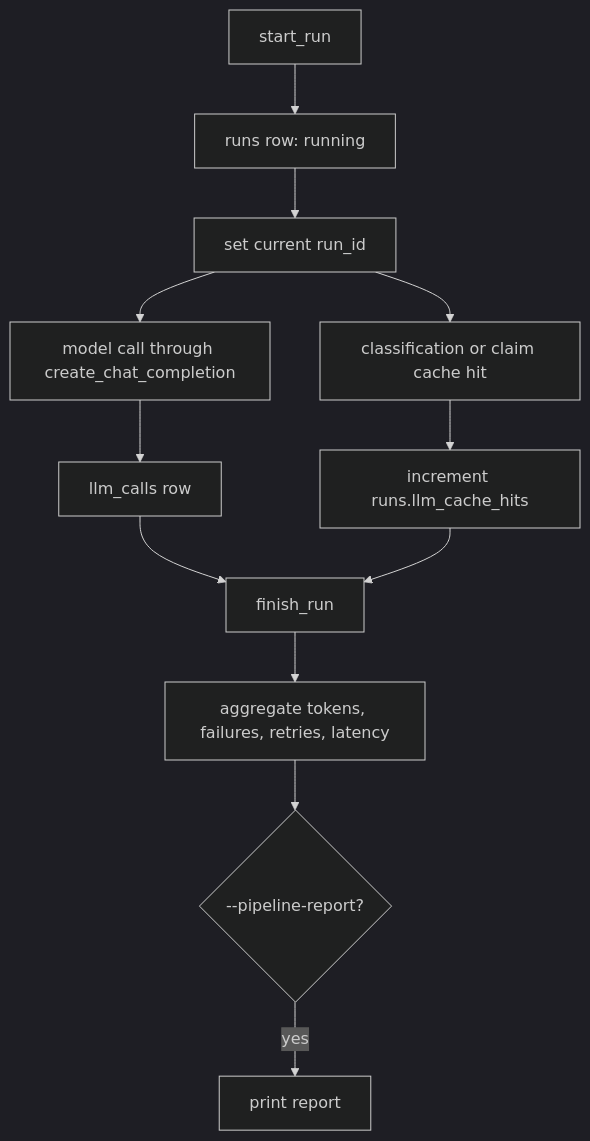
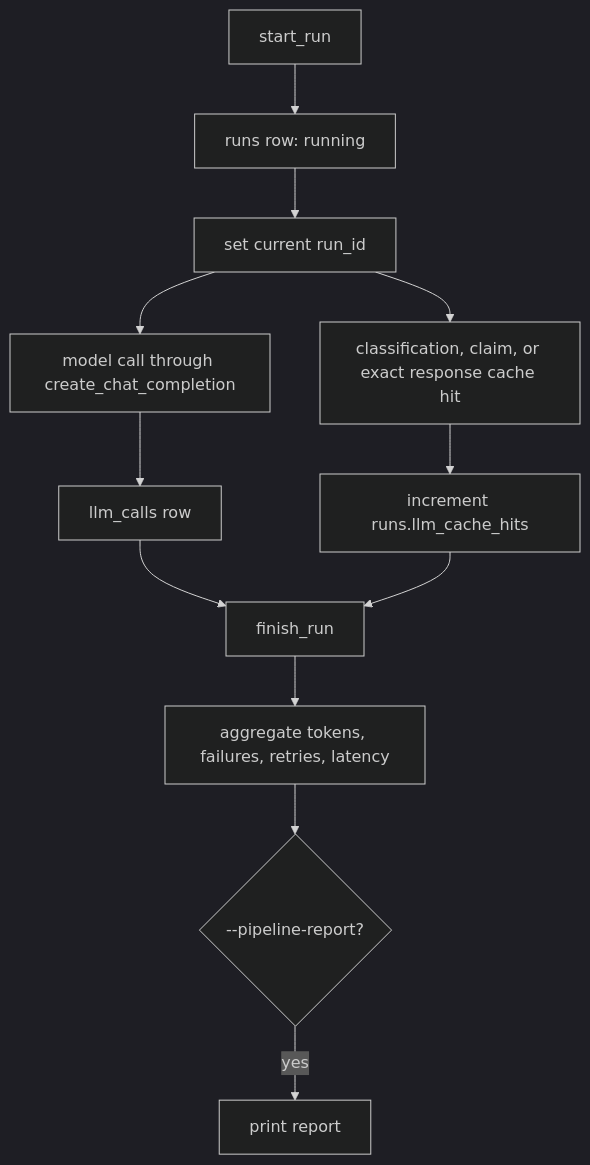
The fourth of 4 diagrams in docs/how-it-works.md (MecGlandorff/News), drawn with Mermaid (dark theme) before and after one commit. The commit also changed other lines of this file and 12 other files, not shown here.

````diff
--- a/docs/how-it-works.md
+++ b/docs/how-it-works.md
@@ -342,14 +342,14 @@
 ```mermaid
 flowchart TD
     A[start_run] --> B[runs row: running]
     B --> C[set current run_id]
     C --> D[model call through create_chat_completion]
     D --> E[llm_calls row]
-    C --> F[classification or claim cache hit]
+    C --> F[classification, claim, or exact response cache hit]
     F --> G[increment runs.llm_cache_hits]
     E --> H[finish_run]
     G --> H
     H --> I[aggregate tokens, failures, retries, latency]
     I --> J{"--pipeline-report?"}
     J -- yes --> K[print report]
 ```
````
